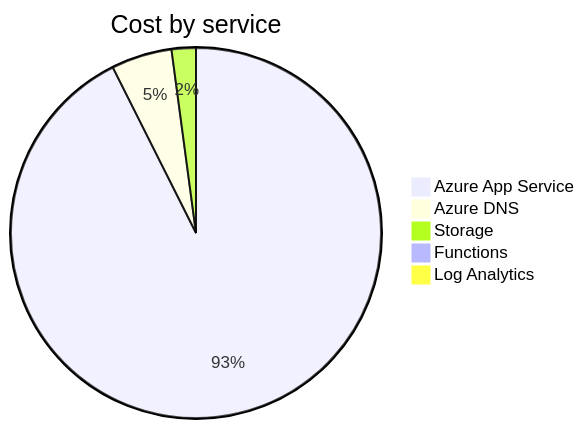
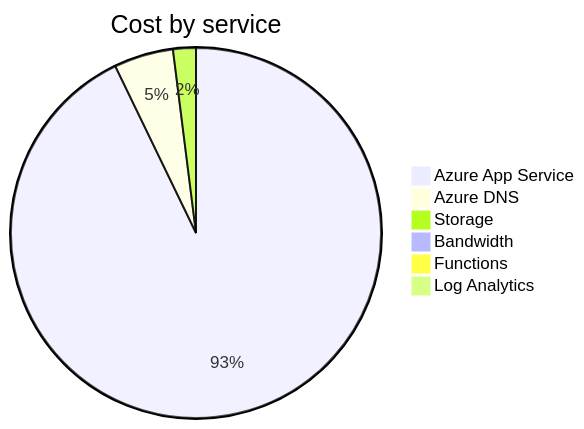
One commit to jpfulton/azure-personal-reports changed the second of 4 diagrams in cost-reports/accumulated-cost.md. Above: the diagram before and after it, drawn with Mermaid. The commit also changed other lines of this file and 4 other files, not shown here.

````diff
--- a/cost-reports/accumulated-cost.md
+++ b/cost-reports/accumulated-cost.md
@@ -45,9 +98,10 @@
 ```mermaid
 pie
    title Cost by service
-   "Azure App Service" : 1.75
-   "Azure DNS" : 0.10
-   "Storage" : 0.04
+   "Azure App Service" : 4.66
+   "Azure DNS" : 0.26
+   "Storage" : 0.10
+   "Bandwidth" : 0.00
    "Functions" : 0.00
    "Log Analytics" : 0.00
 ```
````
